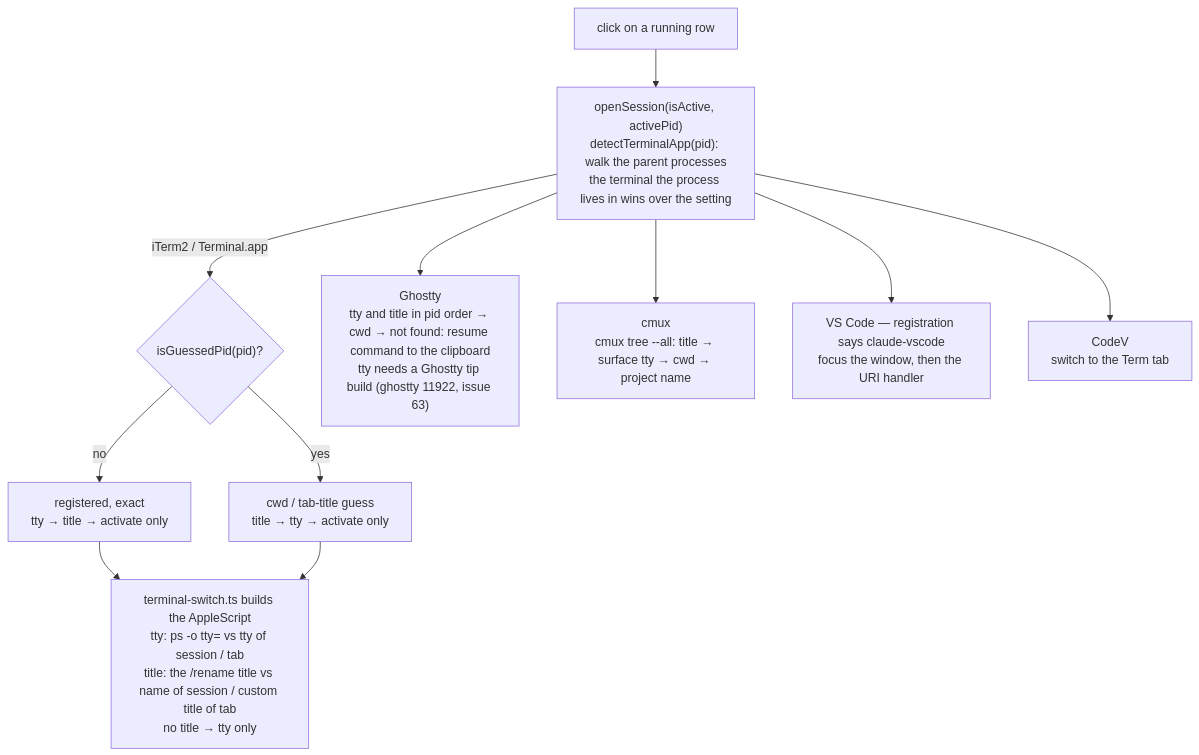
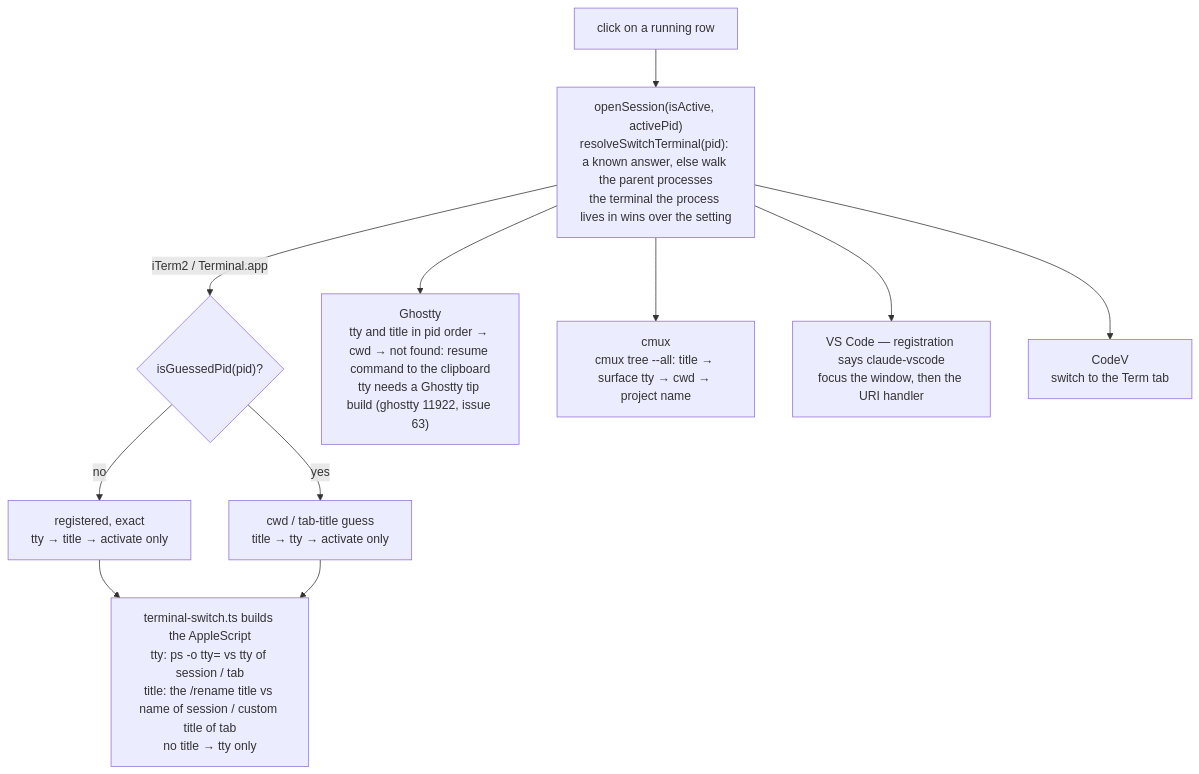
One commit to grimmerk/codev changed the third of 3 diagrams in docs/claude-session-integration-design.md. Above: the diagram before and after it, drawn with Mermaid. The commit also changed other lines of this file and 17 other files, not shown here.

First line of the commit message:
perf(sessions): reuse the known terminal on a switch; one ps

````diff
--- a/docs/claude-session-integration-design.md
+++ b/docs/claude-session-integration-design.md
@@ -256,23 +256,23 @@
 ```mermaid
 flowchart TB
   CLICK["click on a running row"]
-  OS["openSession(isActive, activePid)<br/>detectTerminalApp(pid): walk the parent processes<br/>the terminal the process lives in wins over the setting"]
+  OS["openSession(isActive, activePid)<br/>resolveSwitchTerminal(pid): a known answer, else walk the parent processes<br/>the terminal the process lives in wins over the setting"]
   PROV{"isGuessedPid(pid)?"}
   TTY1["registered, exact<br/>tty → title → activate only"]
   TITLE1["cwd / tab-title guess<br/>title → tty → activate only"]
   KEYS["terminal-switch.ts builds the AppleScript<br/>tty: ps -o tty= vs tty of session / tab<br/>title: the /rename title vs name of session / custom title of tab<br/>no title → tty only"]
   GH["Ghostty<br/>tty and title in pid order → cwd → not found: resume command to the clipboard<br/>tty needs a Ghostty tip build (ghostty 11922, issue 63)"]
   CM["cmux<br/>cmux tree --all: title → surface tty → cwd → project name"]
   VS["VS Code — registration says claude-vscode<br/>focus the window, then the URI handler"]
   CV["CodeV<br/>switch to the Term tab"]
   CLICK --> OS
   OS -- "iTerm2 / Terminal.app" --> PROV
   PROV -- no --> TTY1
   PROV -- yes --> TITLE1
   TTY1 --> KEYS
   TITLE1 --> KEYS
   OS --> GH
   OS --> CM
   OS --> VS
   OS --> CV
 ```
````
